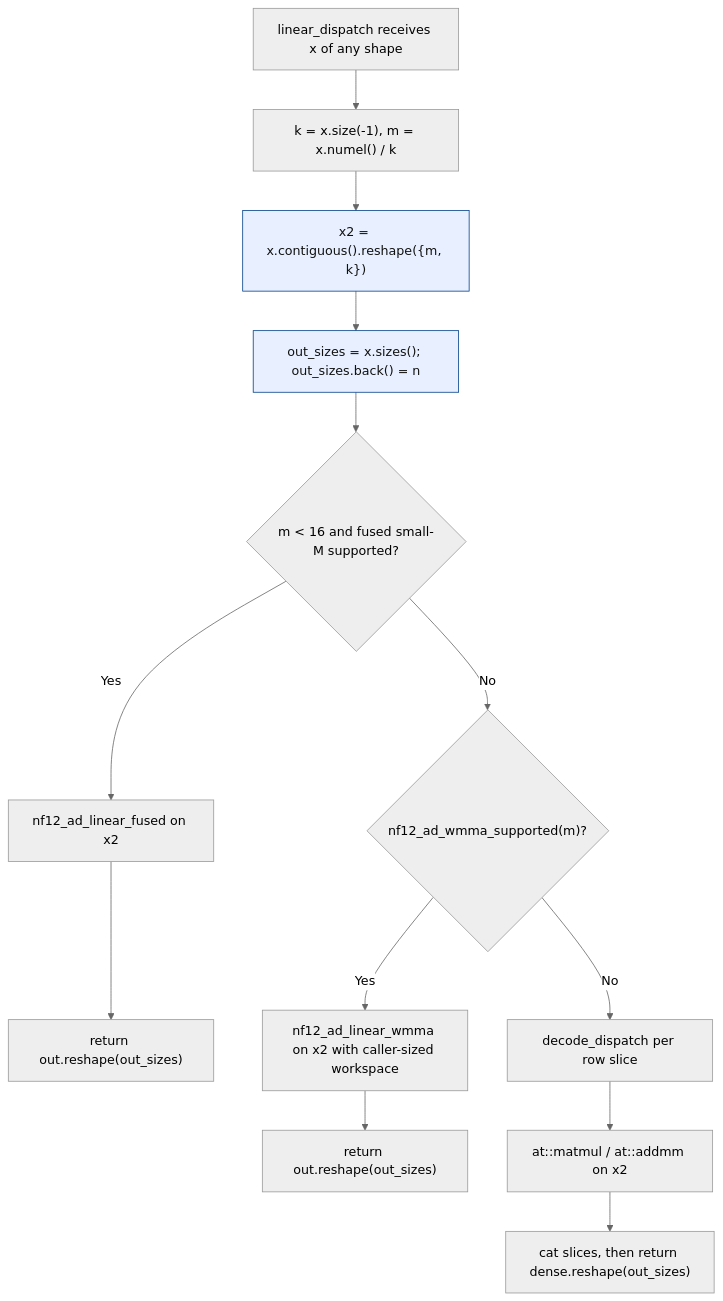
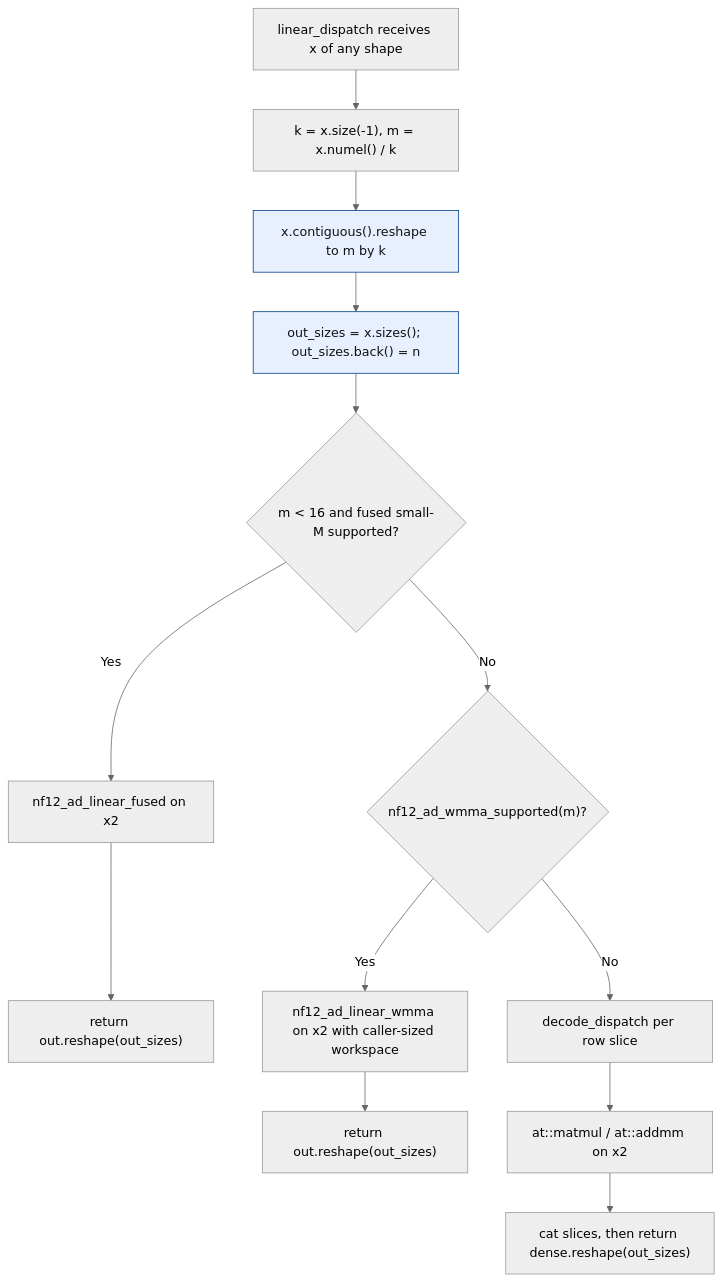
Before and after one commit to ModelCloud/GPTQModel: the second of 5 diagrams in docs/nf12-hip-device-workspace.md, drawn with Mermaid (neutral theme). The commit also changed other lines of this file and 6 other files, not shown here.

````diff
--- a/docs/nf12-hip-device-workspace.md
+++ b/docs/nf12-hip-device-workspace.md
@@ -57,17 +57,17 @@
 ```mermaid
 flowchart TD
     A["linear_dispatch receives x of any shape"] --> B["k = x.size(-1), m = x.numel() / k"]
-    B --> C["x2 = x.contiguous().reshape({m, k})"]
+    B --> C["x.contiguous().reshape to m by k"]
     C --> D["out_sizes = x.sizes(); out_sizes.back() = n"]
     D --> E{"m < 16 and fused small-M supported?"}
     E -- Yes --> F["nf12_ad_linear_fused on x2"]
     F --> F1["return out.reshape(out_sizes)"]
     E -- No --> G{"nf12_ad_wmma_supported(m)?"}
     G -- Yes --> H["nf12_ad_linear_wmma on x2 with caller-sized workspace"]
     H --> H1["return out.reshape(out_sizes)"]
     G -- No --> I["decode_dispatch per row slice"]
     I --> J["at::matmul / at::addmm on x2"]
     J --> K["cat slices, then return dense.reshape(out_sizes)"]
     classDef entry fill:#e8f0ff,stroke:#003f8a,color:#111;
     class C,D entry;
 ```
````
